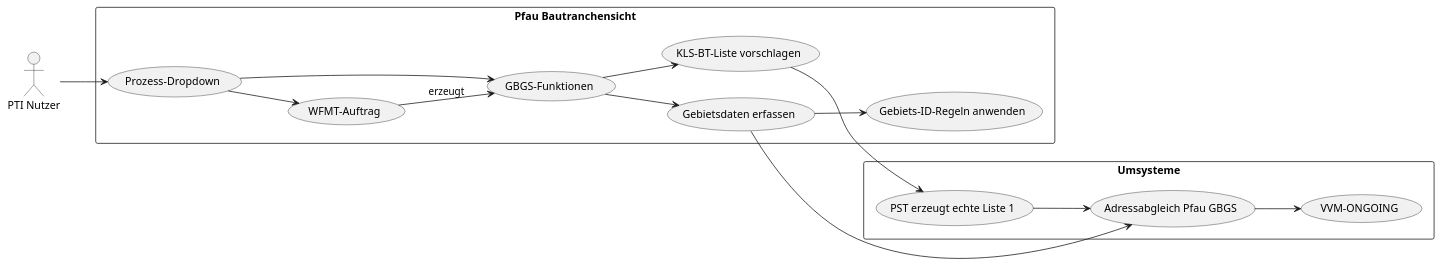
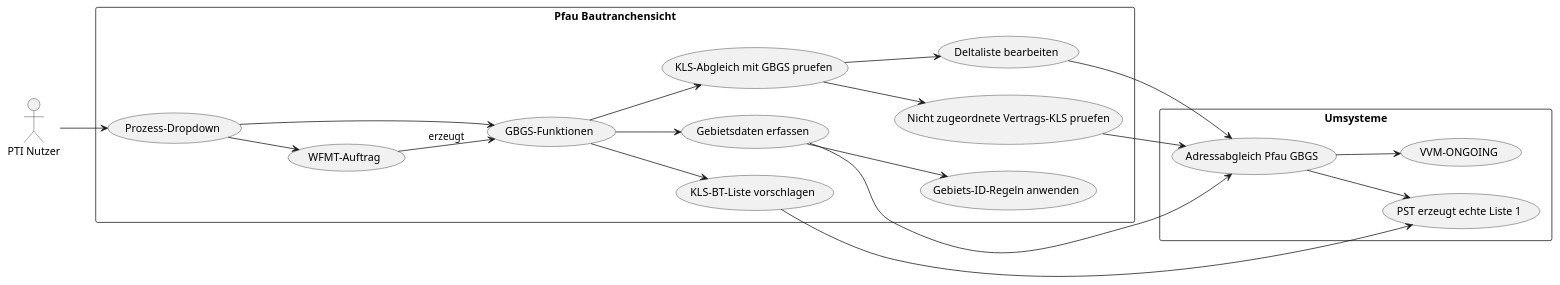
One commit to bergmantb/wbv_bemo changed the diagram in gbgs-mock/plantuml-diagramme/13-1-use-case-diagramm.md. Above: the diagram before and after it, drawn with PlantUML. The commit also changed 16 other files, not shown here.

Commit message:
Expand GBGS KLS delta reconciliation design

````diff
--- a/gbgs-mock/plantuml-diagramme/13-1-use-case-diagramm.md
+++ b/gbgs-mock/plantuml-diagramme/13-1-use-case-diagramm.md
@@ -3,36 +3,44 @@
 ```plantuml
 @startuml
 left to right direction
 skinparam packageStyle rectangle
 skinparam shadowing false
 
 actor "PTI Nutzer" as User
 
 rectangle "Pfau Bautranchensicht" as Pfau {
   usecase "Prozess-Dropdown" as UC_Process
   usecase "WFMT-Auftrag" as UC_WFMT
   usecase "GBGS-Funktionen" as UC_GBGS
   usecase "Gebietsdaten erfassen" as UC_Area
   usecase "Gebiets-ID-Regeln anwenden" as UC_Rules
   usecase "KLS-BT-Liste vorschlagen" as UC_KLS
+  usecase "KLS-Abgleich mit GBGS pruefen" as UC_Delta
+  usecase "Deltaliste bearbeiten" as UC_DeltaList
+  usecase "Nicht zugeordnete Vertrags-KLS pruefen" as UC_Unassigned
 }
 
 rectangle "Umsysteme" {
   usecase "PST erzeugt echte Liste 1" as UC_PST
   usecase "Adressabgleich Pfau GBGS" as UC_Reconcile
   usecase "VVM-ONGOING" as UC_VVM
 }
 
 User --> UC_Process
 UC_Process --> UC_WFMT
 UC_WFMT --> UC_GBGS : erzeugt
 UC_Process --> UC_GBGS
 UC_GBGS --> UC_Area
 UC_Area --> UC_Rules
 UC_GBGS --> UC_KLS
+UC_GBGS --> UC_Delta
+UC_Delta --> UC_DeltaList
+UC_Delta --> UC_Unassigned
 UC_KLS --> UC_PST
 UC_Area --> UC_Reconcile
-UC_PST --> UC_Reconcile
+UC_DeltaList --> UC_Reconcile
+UC_Unassigned --> UC_Reconcile
+UC_Reconcile --> UC_PST
 UC_Reconcile --> UC_VVM
 @enduml
 ```
````
